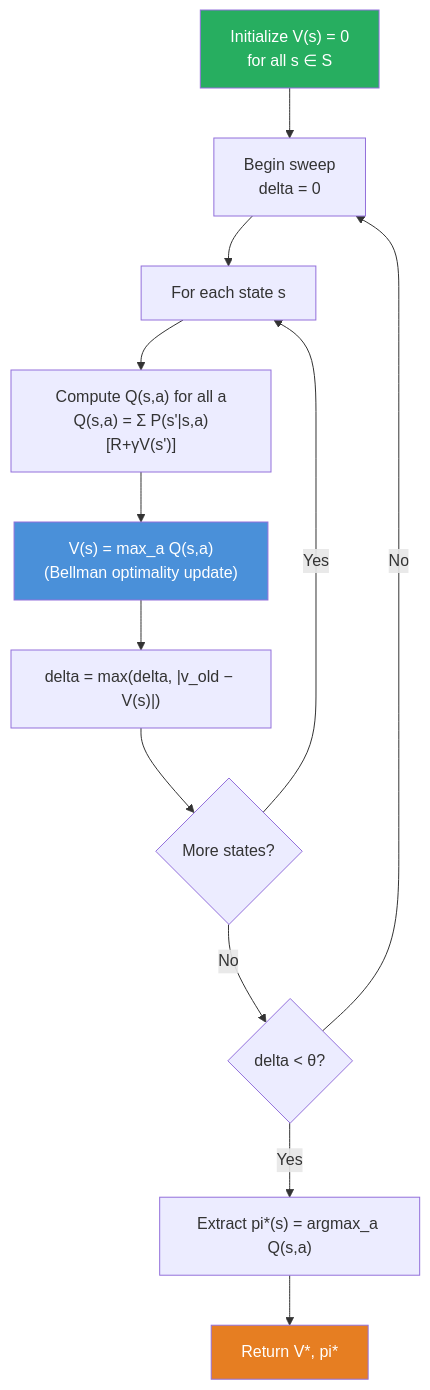
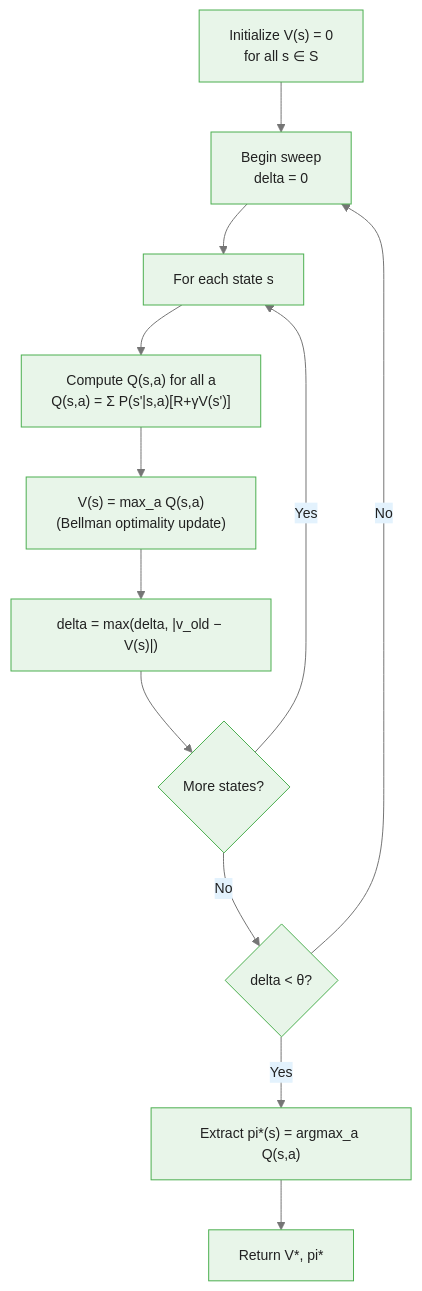
Before and after one commit to m-deane/course-creator: the third of 6 diagrams in courses/reinforcement-learning/modules/module_01_dynamic_programming/guides/03_value_iteration_slides.md, drawn with Mermaid. The commit also changed other lines of this file and 131 other files, not shown here.

````diff
--- a/courses/reinforcement-learning/modules/module_01_dynamic_programming/guides/03_value_iteration_slides.md
+++ b/courses/reinforcement-learning/modules/module_01_dynamic_programming/guides/03_value_iteration_slides.md
@@ -140,17 +157,15 @@
 ```mermaid
+%%{init: {"theme": "base", "themeVariables": {"primaryColor": "#e8f5e9", "primaryBorderColor": "#4caf50", "primaryTextColor": "#212121", "secondaryColor": "#e3f2fd", "tertiaryColor": "#fff8e1", "lineColor": "#757575", "fontFamily": "Inter, sans-serif", "fontSize": "14px"}}}%%
 flowchart TD
     Init["Initialize V(s) = 0\nfor all s ∈ S"] --> Sweep["Begin sweep\ndelta = 0"]
     Sweep --> ForS["For each state s"]
     ForS --> Comp["Compute Q(s,a) for all a\nQ(s,a) = Σ P(s'|s,a)[R+γV(s')]"]
     Comp --> Max["V(s) = max_a Q(s,a)\n(Bellman optimality update)"]
     Max --> Upd["delta = max(delta, |v_old − V(s)|)"]
     Upd --> More{"More states?"}
     More -->|"Yes"| ForS
     More -->|"No"| Conv{"delta < θ?"}
     Conv -->|"No"| Sweep
     Conv -->|"Yes"| Extract["Extract pi*(s) = argmax_a Q(s,a)"]
     Extract --> Done["Return V*, pi*"]
-    style Init fill:#27ae60,color:#fff
-    style Max fill:#4a90d9,color:#fff
-    style Done fill:#e67e22,color:#fff
 ```
````
